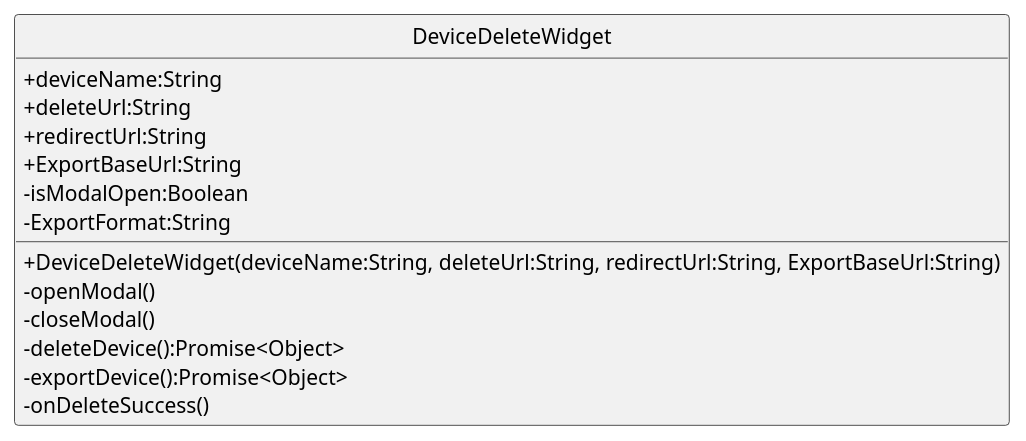
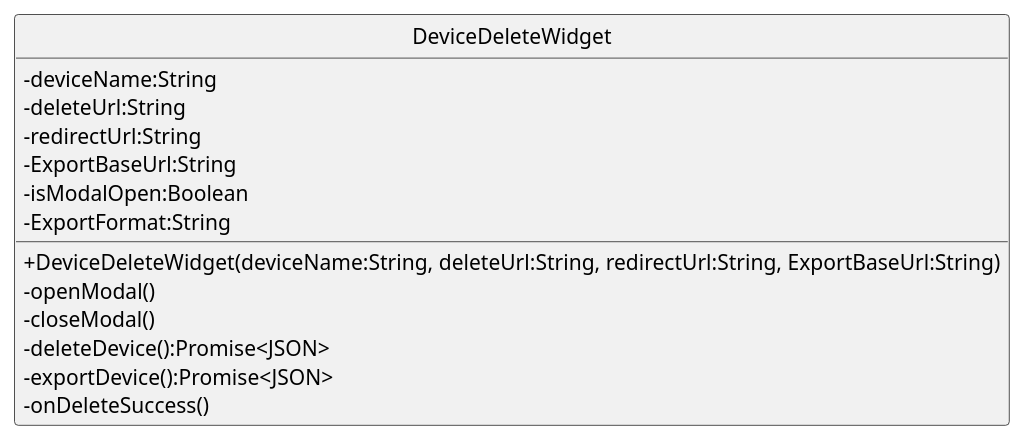
Before and after one commit to GroupRubberDuck/Documentazione: the diagram in src/PB/DocumentazioneEsterna/Specifica_Tecnica/content/05-diagrammi-classi/uml/puml/Frontend/widget/DeviceDeleteWidget.puml, drawn with PlantUML. The commit also changed 45 other files, not shown here.

```diff
--- a/src/PB/DocumentazioneEsterna/Specifica_Tecnica/content/05-diagrammi-classi/uml/puml/Frontend/widget/DeviceDeleteWidget.puml
+++ b/src/PB/DocumentazioneEsterna/Specifica_Tecnica/content/05-diagrammi-classi/uml/puml/Frontend/widget/DeviceDeleteWidget.puml
@@ -1,27 +1,27 @@
 @startuml
 skinparam linetype ortho
 skinparam nodesep 80
 skinparam ranksep 100
 skinparam classAttributeIconSize 0
 skinparam packageStyle rectangle
 skinparam style strictuml
 
 
 class DeviceDeleteWidget{
-        + deviceName:String
-        + deleteUrl:String
-        + redirectUrl:String
-        + ExportBaseUrl:String
+        - deviceName:String
+        - deleteUrl:String
+        - redirectUrl:String
+        - ExportBaseUrl:String
         -isModalOpen:Boolean
         -ExportFormat:String
 
 
         + DeviceDeleteWidget(deviceName:String, deleteUrl:String, redirectUrl:String, ExportBaseUrl:String)
         -openModal()
         -closeModal()
-        -deleteDevice():Promise<Object>
-        - exportDevice():Promise<Object>
+        -deleteDevice():Promise<JSON>
+        - exportDevice():Promise<JSON>
         - onDeleteSuccess()
 }
 
 @enduml
```
